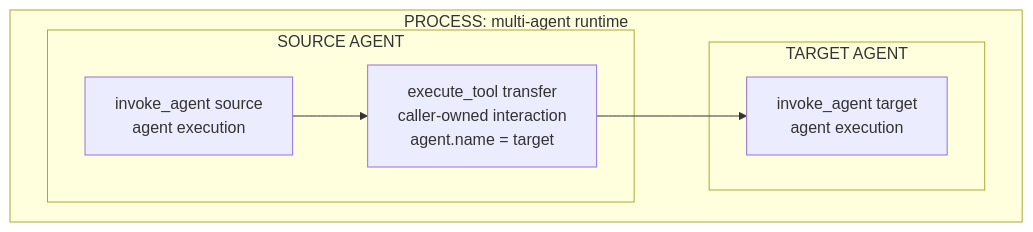
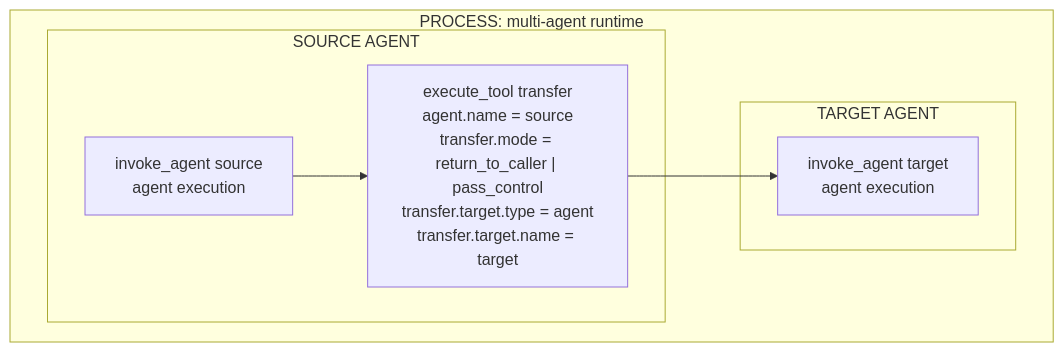
Before and after one commit to nikhilNava/semantic-conventions-genai: the first of 2 diagrams in docs/gen-ai/gen-ai-agent-spans.md, drawn with Mermaid. The commit also changed other lines of this file and 4 other files, not shown here.

````diff
--- a/docs/gen-ai/gen-ai-agent-spans.md
+++ b/docs/gen-ai/gen-ai-agent-spans.md
@@ -55,15 +60,15 @@
 ```mermaid
 flowchart LR
   subgraph P["PROCESS: multi-agent runtime"]
     direction LR
     subgraph S["SOURCE AGENT"]
       S1["invoke_agent source<br/>agent execution"]
-      S2["execute_tool transfer<br/>caller-owned interaction<br/>agent.name = target"]
+      S2["execute_tool transfer<br/>agent.name = source<br/>transfer.mode = return_to_caller | pass_control<br/>transfer.target.type = agent<br/>transfer.target.name = target"]
       S1 --> S2
     end
     subgraph T["TARGET AGENT"]
       T1["invoke_agent target<br/>agent execution"]
     end
     S2 --> T1
   end
 ```
````
